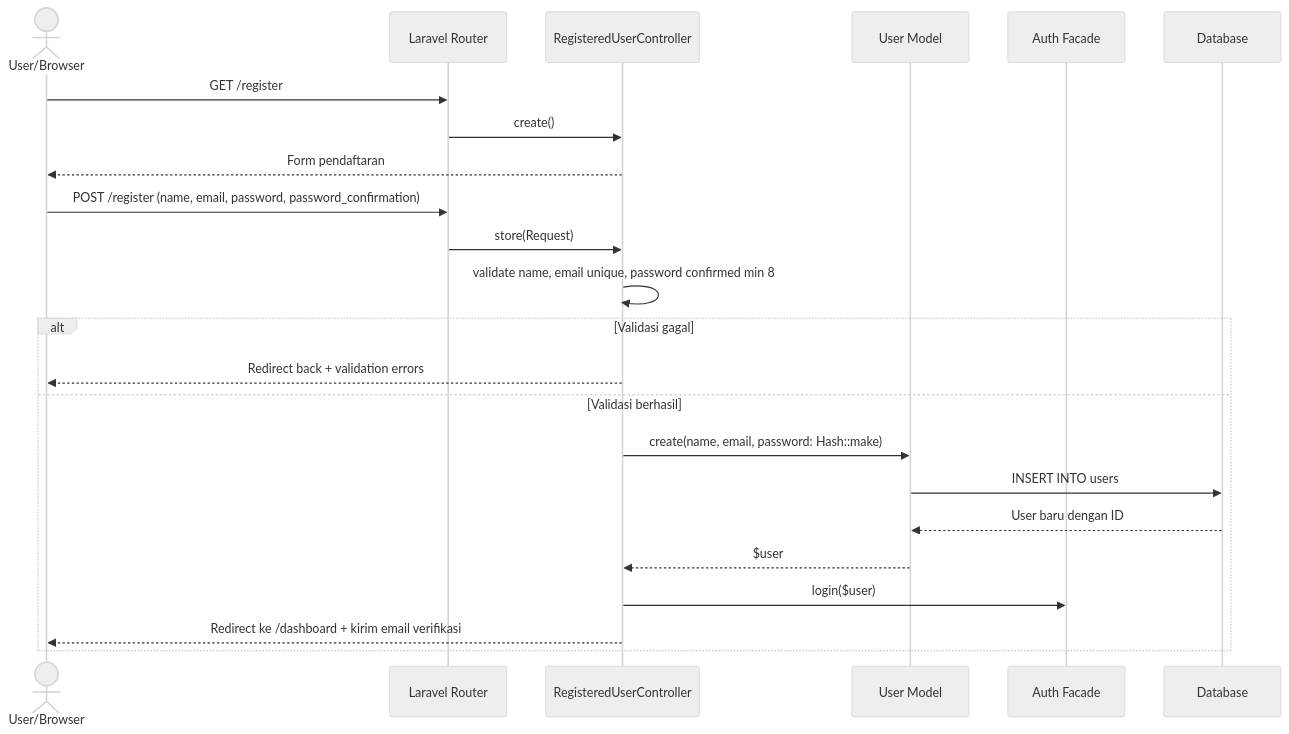
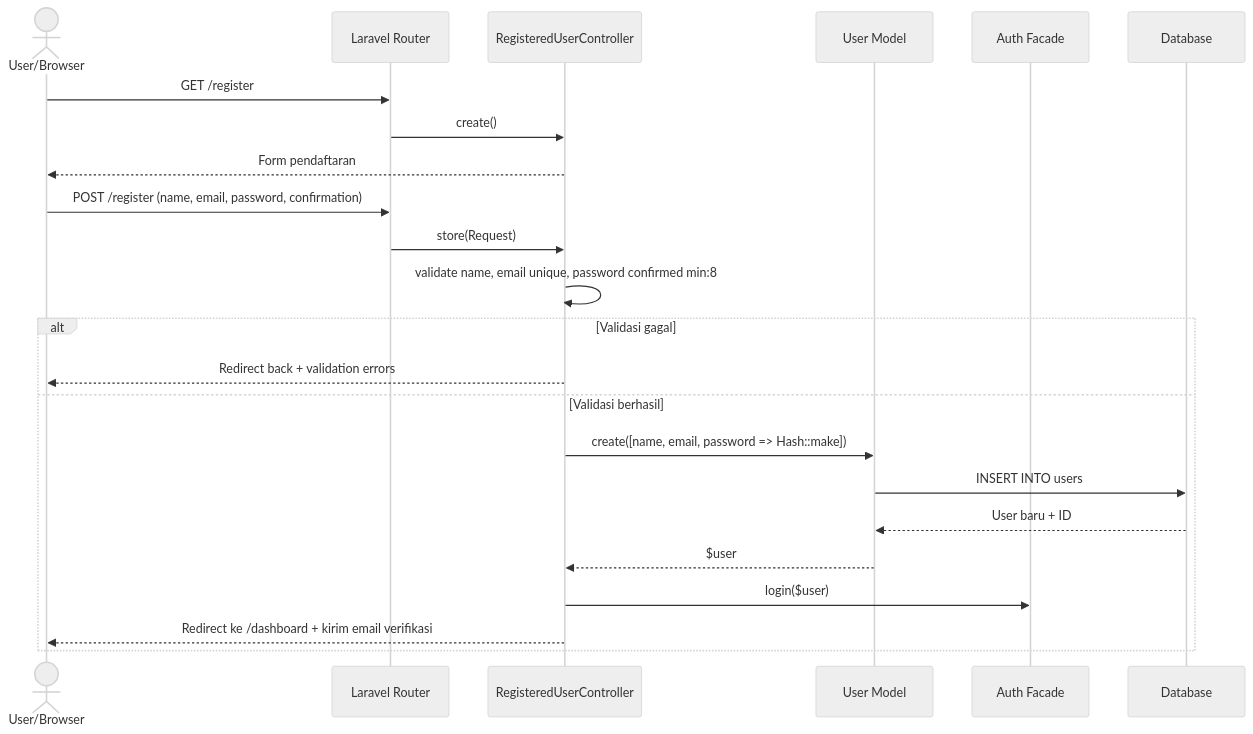
Before and after one commit to mustarisyahding07-spec/WEBSITE_SKRIPSI_MUSTARI: diagram 11 of 17 in docs/SEQUENCE_DIAGRAM_DOKUMENTASI.md, drawn with Mermaid (neutral theme). The commit also changed other lines of this file, not shown here.

Commit message:
docs: perbarui penjelasan sequence diagram ke format paragraf akademik

````diff
--- a/docs/SEQUENCE_DIAGRAM_DOKUMENTASI.md
+++ b/docs/SEQUENCE_DIAGRAM_DOKUMENTASI.md
@@ -541,29 +469,27 @@
 ```mermaid
 sequenceDiagram
     actor User as User/Browser
     participant Router as Laravel Router
     participant RUC as RegisteredUserController
     participant UserM as User Model
     participant AuthFacade as Auth Facade
     participant DB as Database
 
     User->>Router: GET /register
     Router->>RUC: create()
     RUC-->>User: Form pendaftaran
 
-    User->>Router: POST /register (name, email, password, password_confirmation)
+    User->>Router: POST /register (name, email, password, confirmation)
     Router->>RUC: store(Request)
-    RUC->>RUC: validate name, email unique, password confirmed min 8
-
+    RUC->>RUC: validate name, email unique, password confirmed min:8
     alt Validasi gagal
         RUC-->>User: Redirect back + validation errors
     else Validasi berhasil
-        RUC->>UserM: create(name, email, password: Hash::make)
+        RUC->>UserM: create([name, email, password => Hash::make])
         UserM->>DB: INSERT INTO users
-        DB-->>UserM: User baru dengan ID
+        DB-->>UserM: User baru + ID
         UserM-->>RUC: $user
-
         RUC->>AuthFacade: login($user)
         RUC-->>User: Redirect ke /dashboard + kirim email verifikasi
     end
 ```
````
